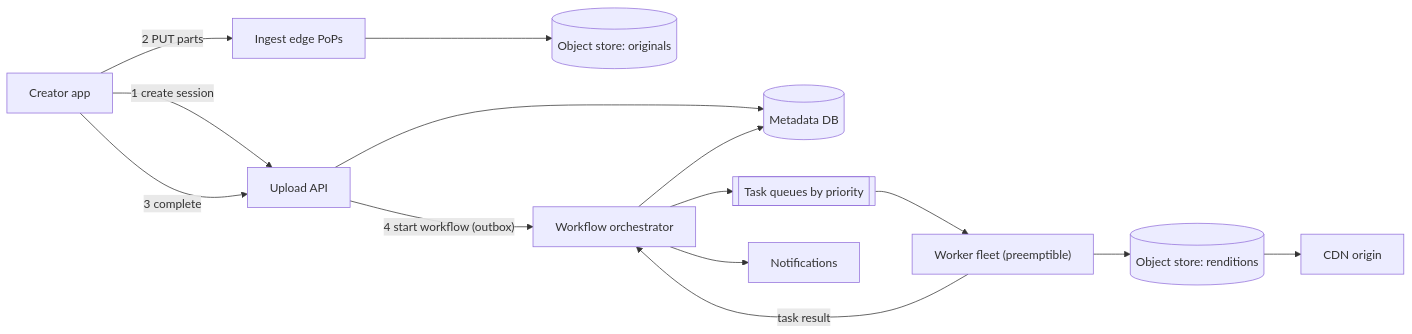
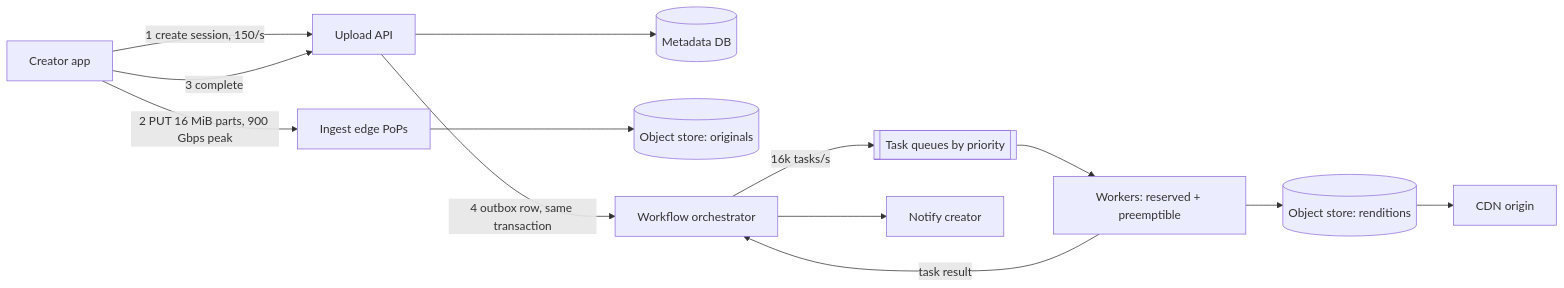
Before and after one commit to thull32/ascend: the second of 3 diagrams in content/tracks/09-system-design/03-case-studies/07-video-upload-pipeline.md, drawn with Mermaid. The commit also changed other lines of this file and 8 other files, not shown here.

````diff
--- a/content/tracks/09-system-design/03-case-studies/07-video-upload-pipeline.md
+++ b/content/tracks/09-system-design/03-case-studies/07-video-upload-pipeline.md
@@ -120,16 +126,15 @@
 ```mermaid
 flowchart LR
-  C["Creator app"] -->|"1 create session"| API["Upload API"]
+  C["Creator app"] -->|"1 create session, 150/s"| API["Upload API"]
   API --> MDB[("Metadata DB")]
-  C -->|"2 PUT parts"| E["Ingest edge PoPs"]
+  C -->|"2 PUT 16 MiB parts, 900 Gbps peak"| E["Ingest edge PoPs"]
   E --> OS[("Object store: originals")]
   C -->|"3 complete"| API
-  API -->|"4 start workflow (outbox)"| ORC["Workflow orchestrator"]
-  ORC --> Q[["Task queues by priority"]]
-  Q --> W["Worker fleet (preemptible)"]
+  API -->|"4 outbox row, same transaction"| ORC["Workflow orchestrator"]
+  ORC -->|"16k tasks/s"| Q[["Task queues by priority"]]
+  Q --> W["Workers: reserved + preemptible"]
   W --> OS2[("Object store: renditions")]
   W -->|"task result"| ORC
-  ORC --> MDB
-  ORC --> N["Notifications"]
+  ORC --> N["Notify creator"]
   OS2 --> CDN["CDN origin"]
 ```
````
